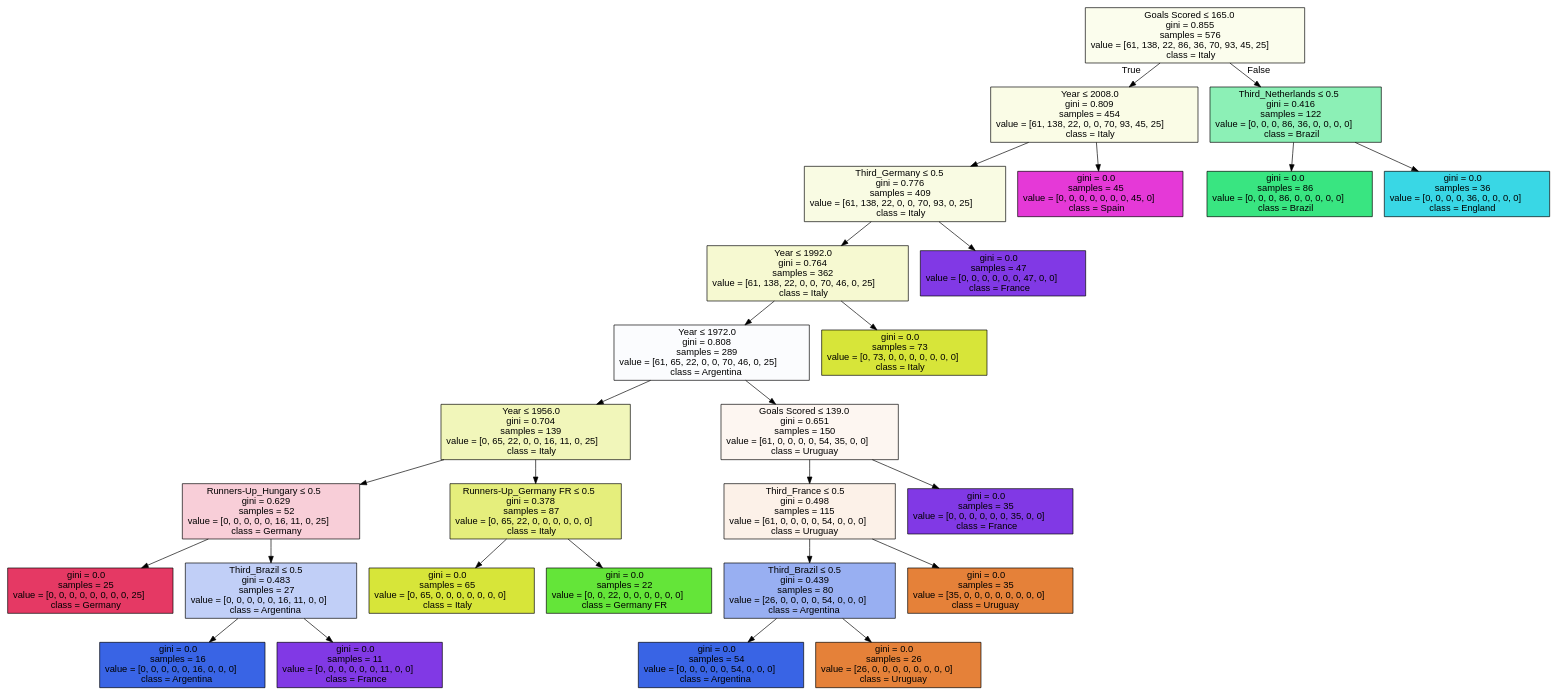
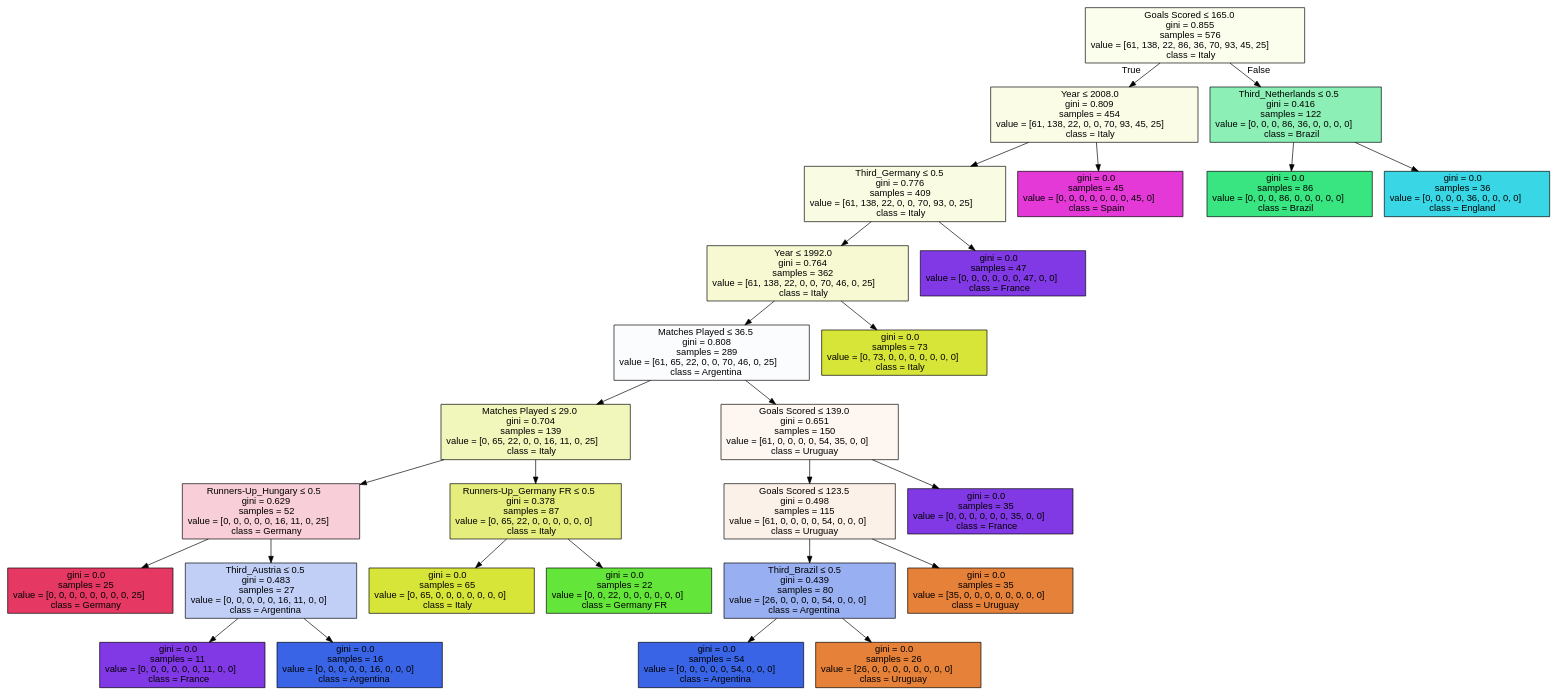
Before and after one commit to juanandresc-jarp/MachineLearningProject: the diagram in world_cup.dot, drawn with Graphviz. The commit also changed 1 other file, not shown here.

```diff
--- a/world_cup.dot
+++ b/world_cup.dot
@@ -1,57 +1,57 @@
 digraph Tree {
 node [shape=box, style="filled", color="black", fontname="helvetica"] ;
 edge [fontname="helvetica"] ;
 0 [label=<Goals Scored &le; 165.0<br/>gini = 0.855<br/>samples = 576<br/>value = [61, 138, 22, 86, 36, 70, 93, 45, 25]<br/>class = Italy>, fillcolor="#fbfded"] ;
 1 [label=<Year &le; 2008.0<br/>gini = 0.809<br/>samples = 454<br/>value = [61, 138, 22, 0, 0, 70, 93, 45, 25]<br/>class = Italy>, fillcolor="#fafce6"] ;
 0 -> 1 [labeldistance=2.5, labelangle=45, headlabel="True"] ;
 2 [label=<Third_Germany &le; 0.5<br/>gini = 0.776<br/>samples = 409<br/>value = [61, 138, 22, 0, 0, 70, 93, 0, 25]<br/>class = Italy>, fillcolor="#f9fbe3"] ;
 1 -> 2 ;
 3 [label=<Year &le; 1992.0<br/>gini = 0.764<br/>samples = 362<br/>value = [61, 138, 22, 0, 0, 70, 46, 0, 25]<br/>class = Italy>, fillcolor="#f6f9d1"] ;
 2 -> 3 ;
-4 [label=<Year &le; 1972.0<br/>gini = 0.808<br/>samples = 289<br/>value = [61, 65, 22, 0, 0, 70, 46, 0, 25]<br/>class = Argentina>, fillcolor="#fbfcfe"] ;
+4 [label=<Matches Played &le; 36.5<br/>gini = 0.808<br/>samples = 289<br/>value = [61, 65, 22, 0, 0, 70, 46, 0, 25]<br/>class = Argentina>, fillcolor="#fbfcfe"] ;
 3 -> 4 ;
-5 [label=<Year &le; 1956.0<br/>gini = 0.704<br/>samples = 139<br/>value = [0, 65, 22, 0, 0, 16, 11, 0, 25]<br/>class = Italy>, fillcolor="#f1f6ba"] ;
+5 [label=<Matches Played &le; 29.0<br/>gini = 0.704<br/>samples = 139<br/>value = [0, 65, 22, 0, 0, 16, 11, 0, 25]<br/>class = Italy>, fillcolor="#f1f6ba"] ;
 4 -> 5 ;
 6 [label=<Runners-Up_Hungary &le; 0.5<br/>gini = 0.629<br/>samples = 52<br/>value = [0, 0, 0, 0, 0, 16, 11, 0, 25]<br/>class = Germany>, fillcolor="#f8ced8"] ;
 5 -> 6 ;
 7 [label=<gini = 0.0<br/>samples = 25<br/>value = [0, 0, 0, 0, 0, 0, 0, 0, 25]<br/>class = Germany>, fillcolor="#e53964"] ;
 6 -> 7 ;
-8 [label=<Third_Brazil &le; 0.5<br/>gini = 0.483<br/>samples = 27<br/>value = [0, 0, 0, 0, 0, 16, 11, 0, 0]<br/>class = Argentina>, fillcolor="#c1cff7"] ;
+8 [label=<Third_Austria &le; 0.5<br/>gini = 0.483<br/>samples = 27<br/>value = [0, 0, 0, 0, 0, 16, 11, 0, 0]<br/>class = Argentina>, fillcolor="#c1cff7"] ;
 6 -> 8 ;
-9 [label=<gini = 0.0<br/>samples = 16<br/>value = [0, 0, 0, 0, 0, 16, 0, 0, 0]<br/>class = Argentina>, fillcolor="#3964e5"] ;
+9 [label=<gini = 0.0<br/>samples = 11<br/>value = [0, 0, 0, 0, 0, 0, 11, 0, 0]<br/>class = France>, fillcolor="#8139e5"] ;
 8 -> 9 ;
-10 [label=<gini = 0.0<br/>samples = 11<br/>value = [0, 0, 0, 0, 0, 0, 11, 0, 0]<br/>class = France>, fillcolor="#8139e5"] ;
+10 [label=<gini = 0.0<br/>samples = 16<br/>value = [0, 0, 0, 0, 0, 16, 0, 0, 0]<br/>class = Argentina>, fillcolor="#3964e5"] ;
 8 -> 10 ;
 11 [label=<Runners-Up_Germany FR &le; 0.5<br/>gini = 0.378<br/>samples = 87<br/>value = [0, 65, 22, 0, 0, 0, 0, 0, 0]<br/>class = Italy>, fillcolor="#e5ee7c"] ;
 5 -> 11 ;
 12 [label=<gini = 0.0<br/>samples = 65<br/>value = [0, 65, 0, 0, 0, 0, 0, 0, 0]<br/>class = Italy>, fillcolor="#d7e539"] ;
 11 -> 12 ;
 13 [label=<gini = 0.0<br/>samples = 22<br/>value = [0, 0, 22, 0, 0, 0, 0, 0, 0]<br/>class = Germany FR>, fillcolor="#64e539"] ;
 11 -> 13 ;
 14 [label=<Goals Scored &le; 139.0<br/>gini = 0.651<br/>samples = 150<br/>value = [61, 0, 0, 0, 0, 54, 35, 0, 0]<br/>class = Uruguay>, fillcolor="#fdf6f1"] ;
 4 -> 14 ;
-15 [label=<Third_France &le; 0.5<br/>gini = 0.498<br/>samples = 115<br/>value = [61, 0, 0, 0, 0, 54, 0, 0, 0]<br/>class = Uruguay>, fillcolor="#fcf1e8"] ;
+15 [label=<Goals Scored &le; 123.5<br/>gini = 0.498<br/>samples = 115<br/>value = [61, 0, 0, 0, 0, 54, 0, 0, 0]<br/>class = Uruguay>, fillcolor="#fcf1e8"] ;
 14 -> 15 ;
 16 [label=<Third_Brazil &le; 0.5<br/>gini = 0.439<br/>samples = 80<br/>value = [26, 0, 0, 0, 0, 54, 0, 0, 0]<br/>class = Argentina>, fillcolor="#98aff2"] ;
 15 -> 16 ;
 17 [label=<gini = 0.0<br/>samples = 54<br/>value = [0, 0, 0, 0, 0, 54, 0, 0, 0]<br/>class = Argentina>, fillcolor="#3964e5"] ;
 16 -> 17 ;
 18 [label=<gini = 0.0<br/>samples = 26<br/>value = [26, 0, 0, 0, 0, 0, 0, 0, 0]<br/>class = Uruguay>, fillcolor="#e58139"] ;
 16 -> 18 ;
 19 [label=<gini = 0.0<br/>samples = 35<br/>value = [35, 0, 0, 0, 0, 0, 0, 0, 0]<br/>class = Uruguay>, fillcolor="#e58139"] ;
 15 -> 19 ;
 20 [label=<gini = 0.0<br/>samples = 35<br/>value = [0, 0, 0, 0, 0, 0, 35, 0, 0]<br/>class = France>, fillcolor="#8139e5"] ;
 14 -> 20 ;
 21 [label=<gini = 0.0<br/>samples = 73<br/>value = [0, 73, 0, 0, 0, 0, 0, 0, 0]<br/>class = Italy>, fillcolor="#d7e539"] ;
 3 -> 21 ;
 22 [label=<gini = 0.0<br/>samples = 47<br/>value = [0, 0, 0, 0, 0, 0, 47, 0, 0]<br/>class = France>, fillcolor="#8139e5"] ;
 2 -> 22 ;
 23 [label=<gini = 0.0<br/>samples = 45<br/>value = [0, 0, 0, 0, 0, 0, 0, 45, 0]<br/>class = Spain>, fillcolor="#e539d7"] ;
 1 -> 23 ;
 24 [label=<Third_Netherlands &le; 0.5<br/>gini = 0.416<br/>samples = 122<br/>value = [0, 0, 0, 86, 36, 0, 0, 0, 0]<br/>class = Brazil>, fillcolor="#8cf0b6"] ;
 0 -> 24 [labeldistance=2.5, labelangle=-45, headlabel="False"] ;
 25 [label=<gini = 0.0<br/>samples = 86<br/>value = [0, 0, 0, 86, 0, 0, 0, 0, 0]<br/>class = Brazil>, fillcolor="#39e581"] ;
 24 -> 25 ;
 26 [label=<gini = 0.0<br/>samples = 36<br/>value = [0, 0, 0, 0, 36, 0, 0, 0, 0]<br/>class = England>, fillcolor="#39d7e5"] ;
 24 -> 26 ;
 }
```
